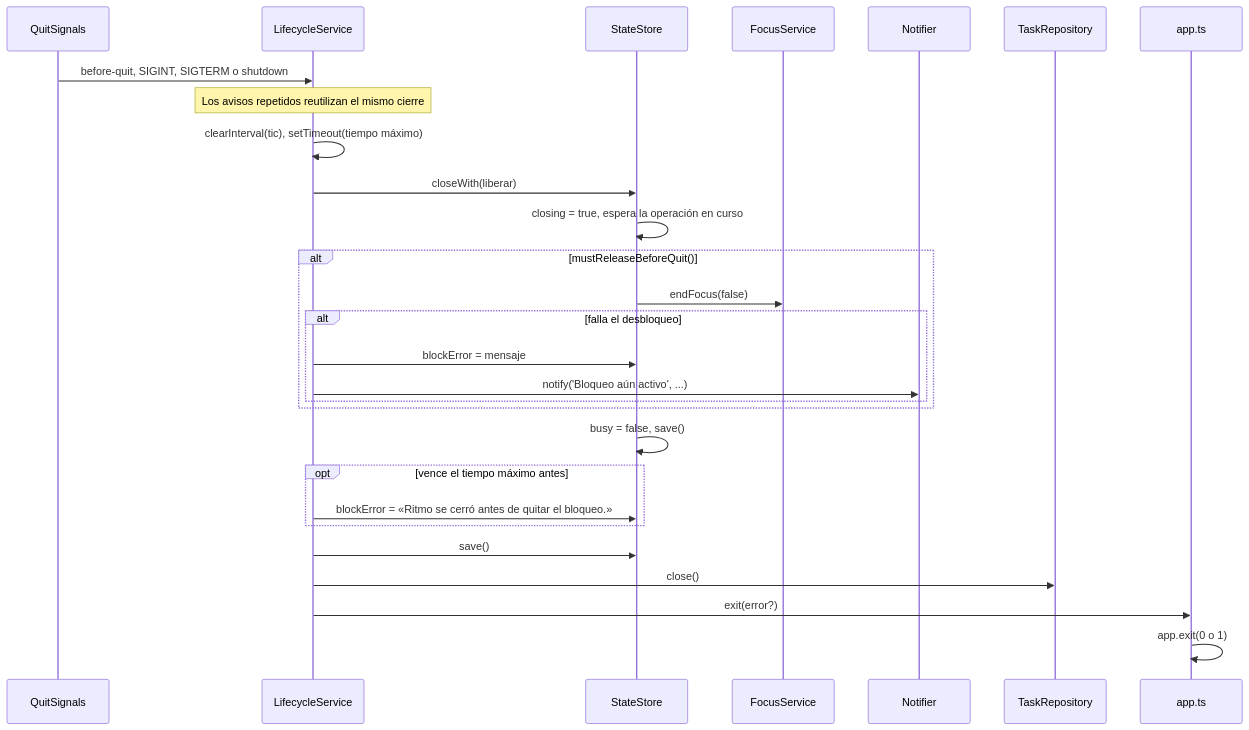
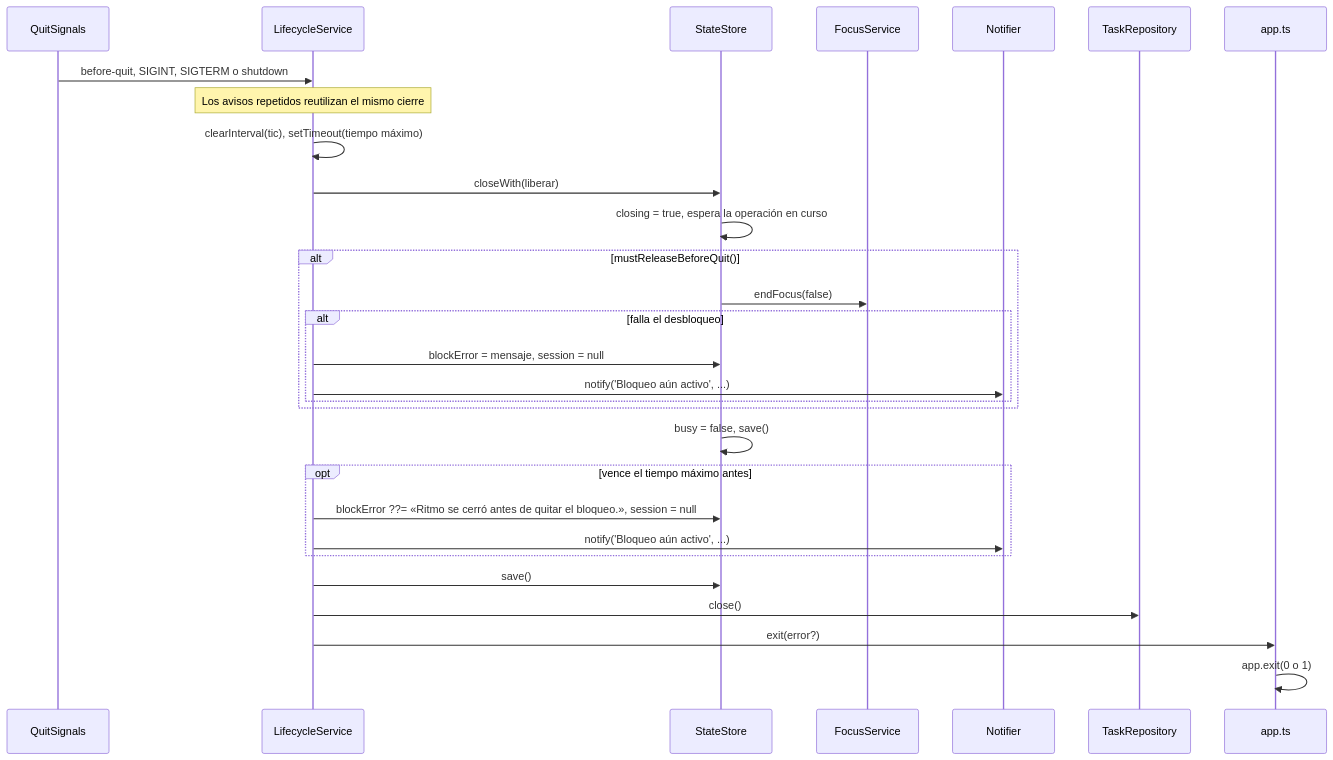
One commit to DevJuan95/ritmo changed the third of 5 diagrams in docs/arquitectura.md. Above: the diagram before and after it, drawn with Mermaid. The commit also changed other lines of this file and 4 other files, not shown here.

````diff
--- a/docs/arquitectura.md
+++ b/docs/arquitectura.md
@@ -147,31 +147,32 @@
 ```mermaid
 sequenceDiagram
   participant Q as QuitSignals
   participant L as LifecycleService
   participant S as StateStore
   participant F as FocusService
   participant N as Notifier
   participant R as TaskRepository
   participant A as app.ts
 
   Q->>L: before-quit, SIGINT, SIGTERM o shutdown
   Note over L: Los avisos repetidos reutilizan el mismo cierre
   L->>L: clearInterval(tic), setTimeout(tiempo máximo)
   L->>S: closeWith(liberar)
   S->>S: closing = true, espera la operación en curso
   alt mustReleaseBeforeQuit()
     S->>F: endFocus(false)
     alt falla el desbloqueo
-      L->>S: blockError = mensaje
+      L->>S: blockError = mensaje, session = null
       L->>N: notify('Bloqueo aún activo', ...)
     end
   end
   S->>S: busy = false, save()
   opt vence el tiempo máximo antes
-    L->>S: blockError = «Ritmo se cerró antes de quitar el bloqueo.»
+    L->>S: blockError ??= «Ritmo se cerró antes de quitar el bloqueo.», session = null
+    L->>N: notify('Bloqueo aún activo', ...)
   end
   L->>S: save()
   L->>R: close()
   L->>A: exit(error?)
   A->>A: app.exit(0 o 1)
 ```
````
